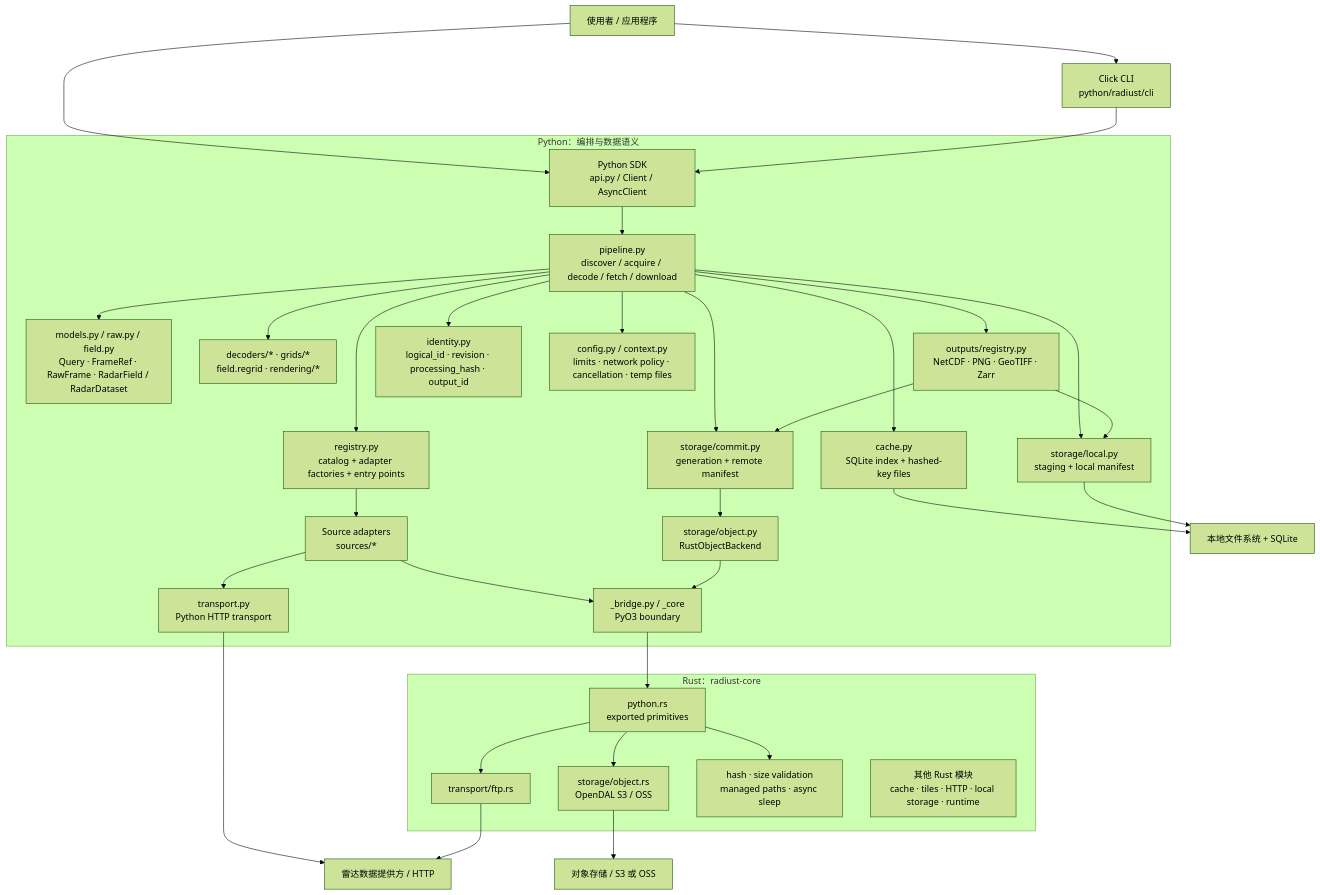
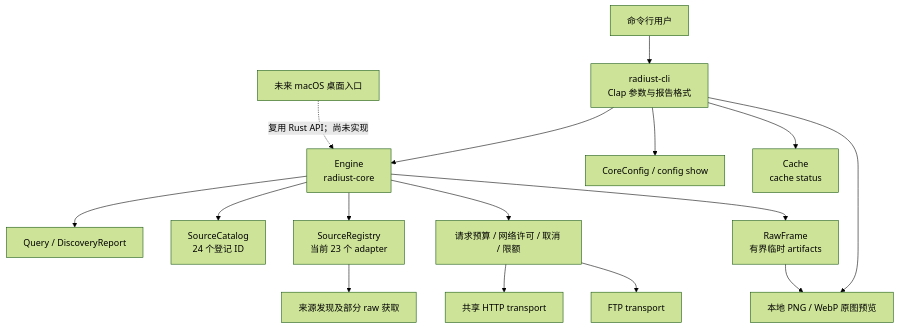
One commit to chorust/radiust changed the first of 2 diagrams in docs/architecture.md. Above: the diagram before and after it, drawn with Mermaid (forest theme). The commit also changed other lines of this file and 583 other files, not shown here.

Commit message:
feat: complete Rust core migration

````diff
--- a/docs/architecture.md
+++ b/docs/architecture.md
@@ -7,40 +7,18 @@
 ```mermaid
 flowchart TB
-    User[使用者 / 应用程序] --> CLI[Click CLI<br/>python/radiust/cli]
-    User --> SDK[Python SDK<br/>api.py / Client / AsyncClient]
-    CLI --> SDK
-
-    subgraph Py[Python：编排与数据语义]
-      SDK --> Pipeline[pipeline.py<br/>discover / acquire / decode / fetch / download]
-      Pipeline --> Registry[registry.py<br/>catalog + adapter factories + entry points]
-      Registry --> Source[Source adapters<br/>sources/*]
-      Pipeline --> Model[models.py / raw.py / field.py<br/>Query · FrameRef · RawFrame · RadarField / RadarDataset]
-      Pipeline --> Processing[decoders/* · grids/*<br/>field.regrid · rendering/*]
-      Pipeline --> Encoder[outputs/registry.py<br/>NetCDF · PNG · GeoTIFF · Zarr]
-      Pipeline --> Identity[identity.py<br/>logical_id · revision · processing_hash · output_id]
-      Pipeline --> Cache[cache.py<br/>SQLite index + hashed-key files]
-      Pipeline --> Local[storage/local.py<br/>staging + local manifest]
-      Pipeline --> Remote[storage/commit.py<br/>generation + remote manifest]
-      Pipeline --> Context[config.py / context.py<br/>limits · network policy · cancellation · temp files]
-      Source --> HTTP[transport.py<br/>Python HTTP transport]
-      Source --> Bridge[_bridge.py / _core<br/>PyO3 boundary]
-      Remote --> Object[storage/object.py<br/>RustObjectBackend]
-      Object --> Bridge
-    end
-
-    subgraph Native[Rust：radiust-core]
-      Bridge --> PyO3[python.rs<br/>exported primitives]
-      PyO3 --> FTP[transport/ftp.rs]
-      PyO3 --> OSS[storage/object.rs<br/>OpenDAL S3 / OSS]
-      PyO3 --> Other[hash · size validation<br/>managed paths · async sleep]
-      Standalone[其他 Rust 模块<br/>cache · tiles · HTTP · local storage · runtime]
-    end
-
-    HTTP --> Upstream[雷达数据提供方 / HTTP]
-    FTP --> Upstream
-    OSS --> Buckets[对象存储 / S3 或 OSS]
-    Cache --> Disk[本地文件系统 + SQLite]
-    Local --> Disk
-    Encoder --> Local
-    Encoder --> Remote
+    User[命令行用户] --> CLI[radiust-cli<br/>Clap 参数与报告格式]
+    CLI --> Engine[Engine<br/>radiust-core]
+    CLI --> Config[CoreConfig / config show]
+    CLI --> Cache[Cache<br/>cache status]
+    Engine --> Query[Query / DiscoveryReport]
+    Engine --> Catalog[SourceCatalog<br/>24 个登记 ID]
+    Engine --> Registry[SourceRegistry<br/>当前 23 个 adapter]
+    Engine --> Budget[请求预算 / 网络许可 / 取消 / 限额]
+    Budget --> HTTP[共享 HTTP transport]
+    Budget --> FTP[FTP transport]
+    Registry --> Provider[来源发现及部分 raw 获取]
+    Engine --> Raw[RawFrame<br/>有界临时 artifacts]
+    CLI --> Preview[本地 PNG / WebP 原图预览]
+    Raw --> Preview
+    Desktop[未来 macOS 桌面入口] -. 复用 Rust API；尚未实现 .-> Engine
 ```
````
